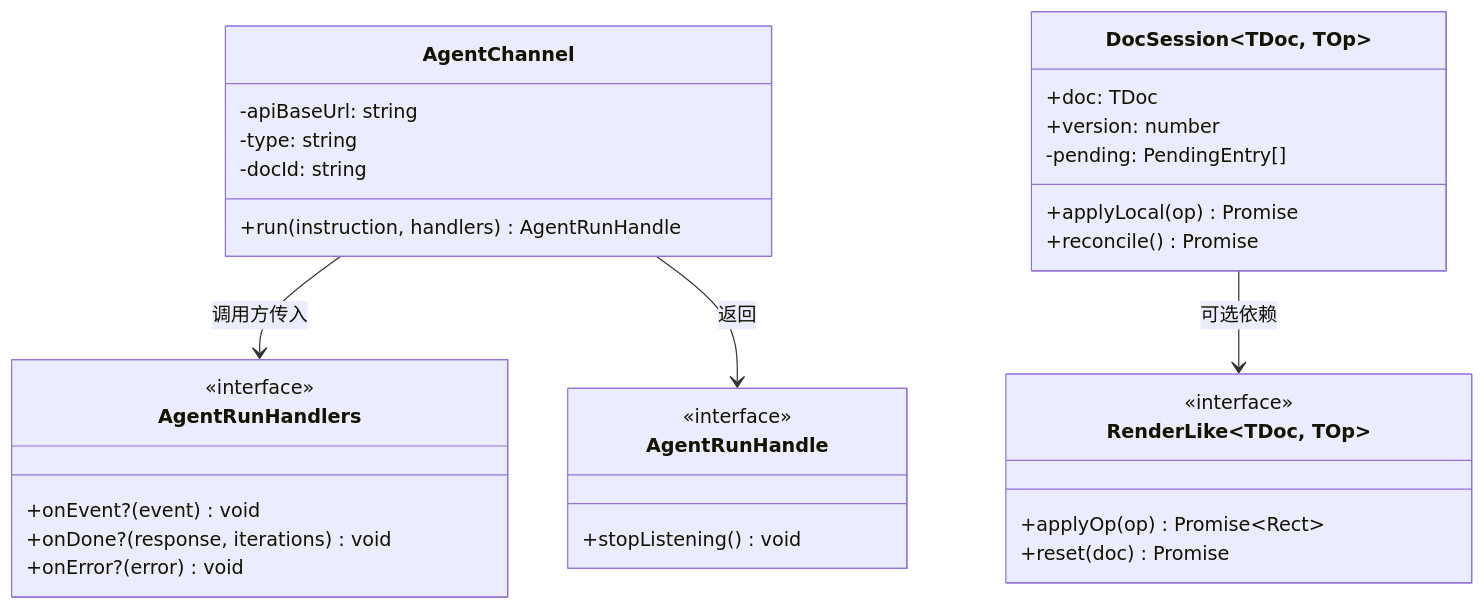
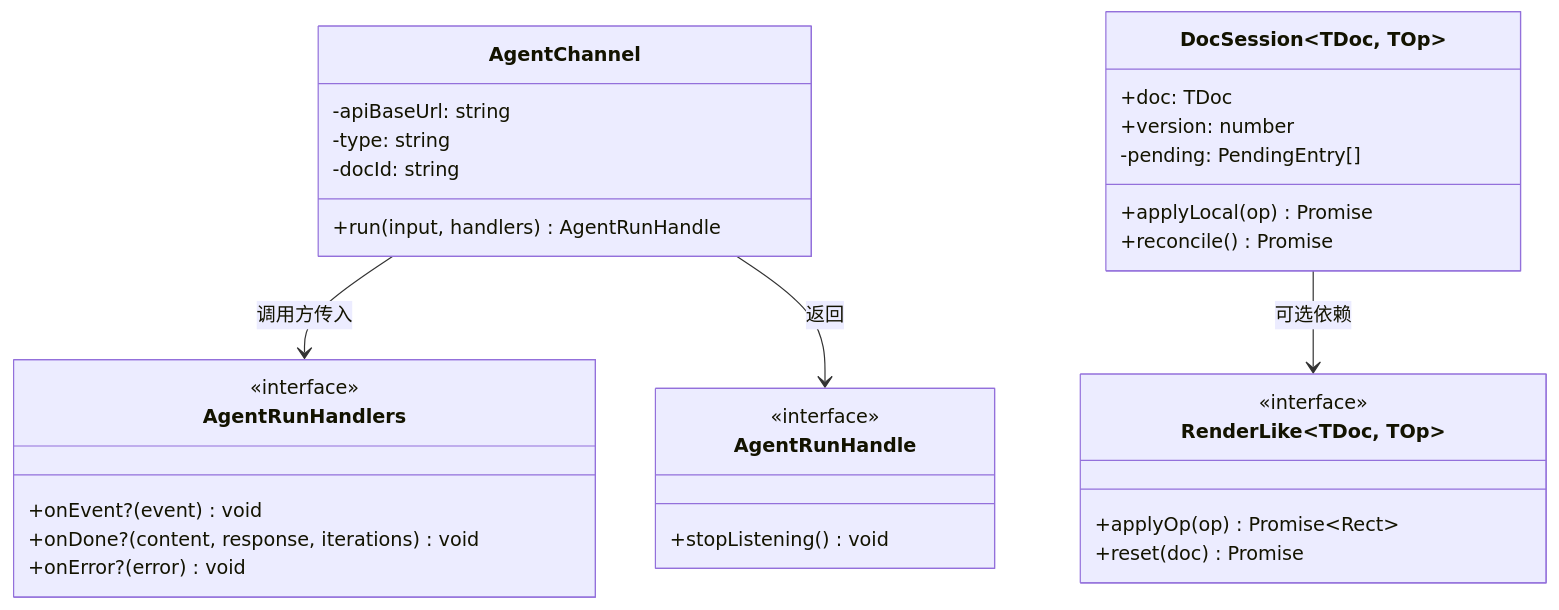
Diagram 17 of 18 in docs/superpowers/specs/2026-08-26-agent-sdk-design.md (shazhou-ww/unidocs), drawn with Mermaid before and after one commit. The commit also changed other lines of this file, not shown here.

First line of the commit message:
docs(agent-sdk): enhance multimodal message design

````diff
--- a/docs/superpowers/specs/2026-08-26-agent-sdk-design.md
+++ b/docs/superpowers/specs/2026-08-26-agent-sdk-design.md
@@ -1597,39 +1699,39 @@
 ```mermaid
 classDiagram
     class AgentChannel {
         -apiBaseUrl: string
         -type: string
         -docId: string
-        +run(instruction, handlers) AgentRunHandle
+      +run(input, handlers) AgentRunHandle
     }
 
     class AgentRunHandlers {
         <<interface>>
         +onEvent?(event) void
-        +onDone?(response, iterations) void
+      +onDone?(content, response, iterations) void
         +onError?(error) void
     }
 
     class AgentRunHandle {
         <<interface>>
         +stopListening() void
     }
 
     class DocSession~TDoc, TOp~ {
         +doc: TDoc
         +version: number
         -pending: PendingEntry[]
         +applyLocal(op) Promise
         +reconcile() Promise
     }
 
     class RenderLike~TDoc, TOp~ {
         <<interface>>
         +applyOp(op) Promise~Rect~
         +reset(doc) Promise
     }
 
     AgentChannel --> AgentRunHandlers : 调用方传入
     AgentChannel --> AgentRunHandle : 返回
     DocSession --> RenderLike : 可选依赖
 ```
````
